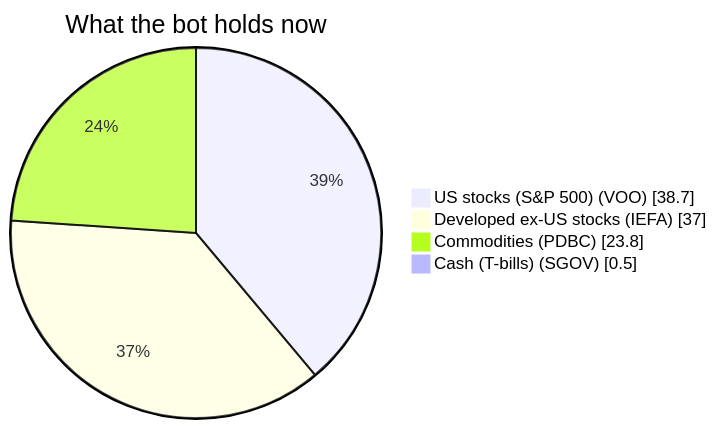
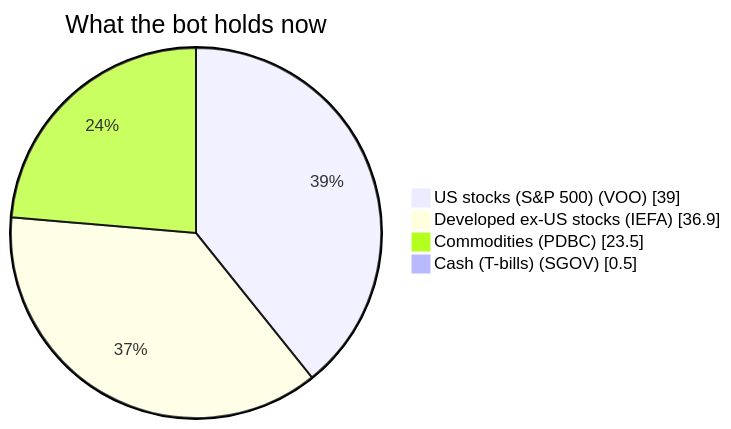
The first of 2 diagrams in 00 - Bot Dashboard.md (owlpowell50-creator/trading-bot), drawn with Mermaid before and after one commit. The commit also changed other lines of this file and 13 other files, not shown here.

````diff
--- a/00 - Bot Dashboard.md
+++ b/00 - Bot Dashboard.md
@@ -43,7 +43,7 @@
 ```mermaid
 pie showData title What the bot holds now
-    "US stocks (S&P 500) (VOO)" : 38.7
-    "Developed ex-US stocks (IEFA)" : 37.0
-    "Commodities (PDBC)" : 23.8
+    "US stocks (S&P 500) (VOO)" : 39.0
+    "Developed ex-US stocks (IEFA)" : 36.9
+    "Commodities (PDBC)" : 23.5
     "Cash (T-bills) (SGOV)" : 0.5
 ```
````
